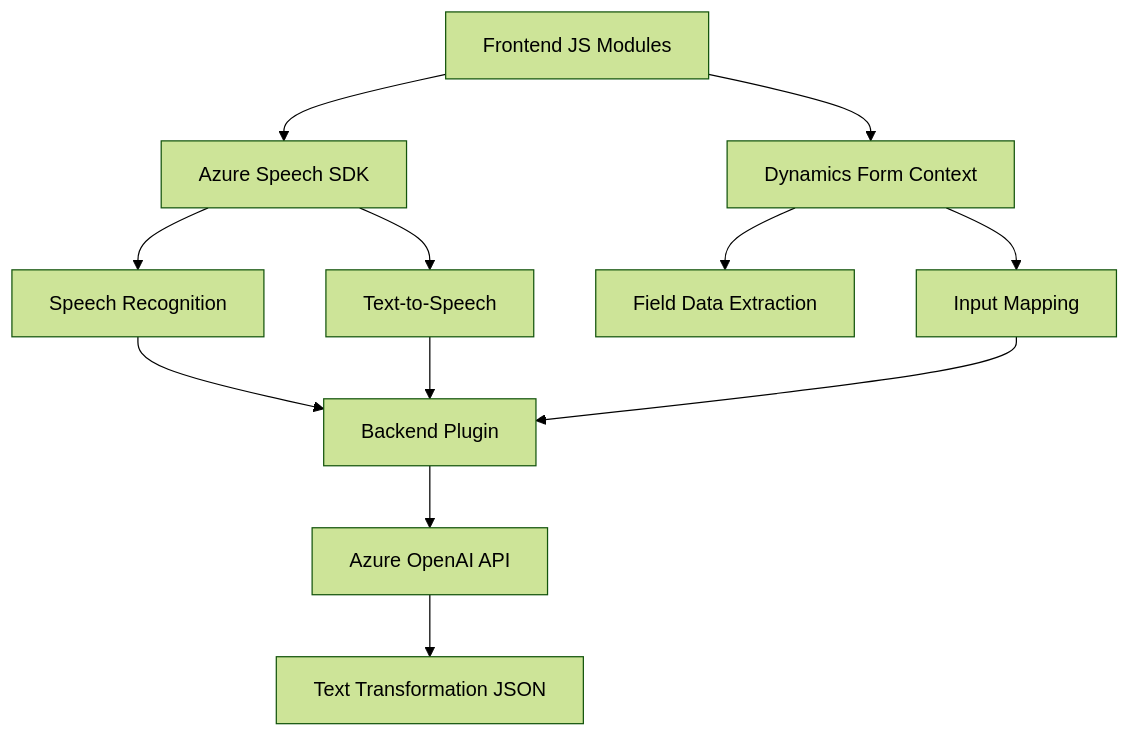
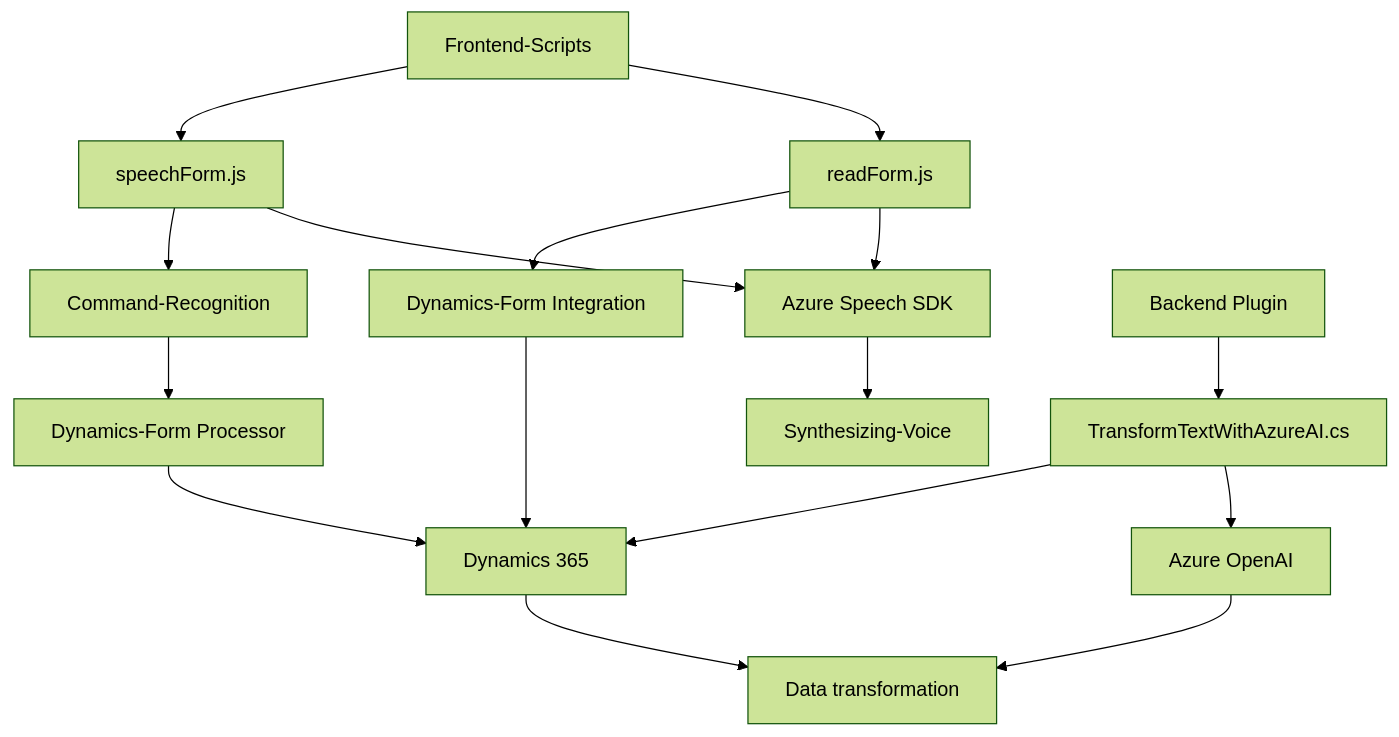
The diagram in README.md (blopezdm/NETCORE_BILBAO2025), drawn with Mermaid (forest theme) before and after one commit. The commit also changed other lines of this file, not shown here.

````diff
--- a/README.md
+++ b/README.md
@@ -37,14 +52,20 @@
 ```mermaid
 graph TD
-    A["Frontend JS Modules"] --> B["Azure Speech SDK"]
-    A --> C["Dynamics Form Context"]
-    B --> D["Speech Recognition"]
-    B --> E["Text-to-Speech"]
-    C --> F["Field Data Extraction"]
-    C --> G["Input Mapping"]
-    D --> H["Backend Plugin"]
-    E --> H
-    G --> H
-    H --> I["Azure OpenAI API"]
-    I --> J["Text Transformation JSON"]
+  A["Frontend-Scripts"] --> B["readForm.js"]
+  A --> C["speechForm.js"]
+  C --> D["Azure Speech SDK"]
+  B --> D
+  D --> E["Synthesizing-Voice"]
+  C --> F["Command-Recognition"]
+  F --> G["Dynamics-Form Processor"]
+  B --> H["Dynamics-Form Integration"]
+  
+  J["Backend Plugin"] --> K["TransformTextWithAzureAI.cs"]
+  K --> L["Azure OpenAI"]
+  K --> M["Dynamics 365"]
+  
+  G --> M
+  H --> M
+  M --> X["Data transformation"]
+  L --> X
 ```
````
